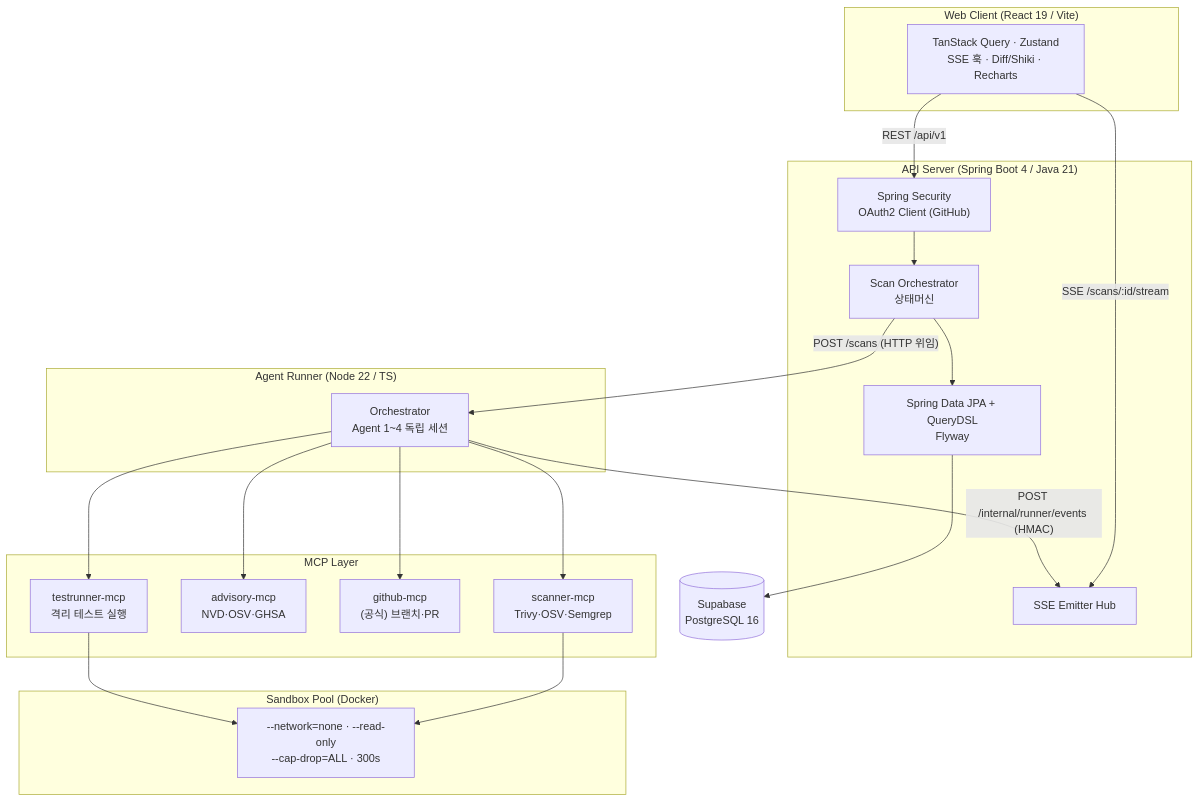
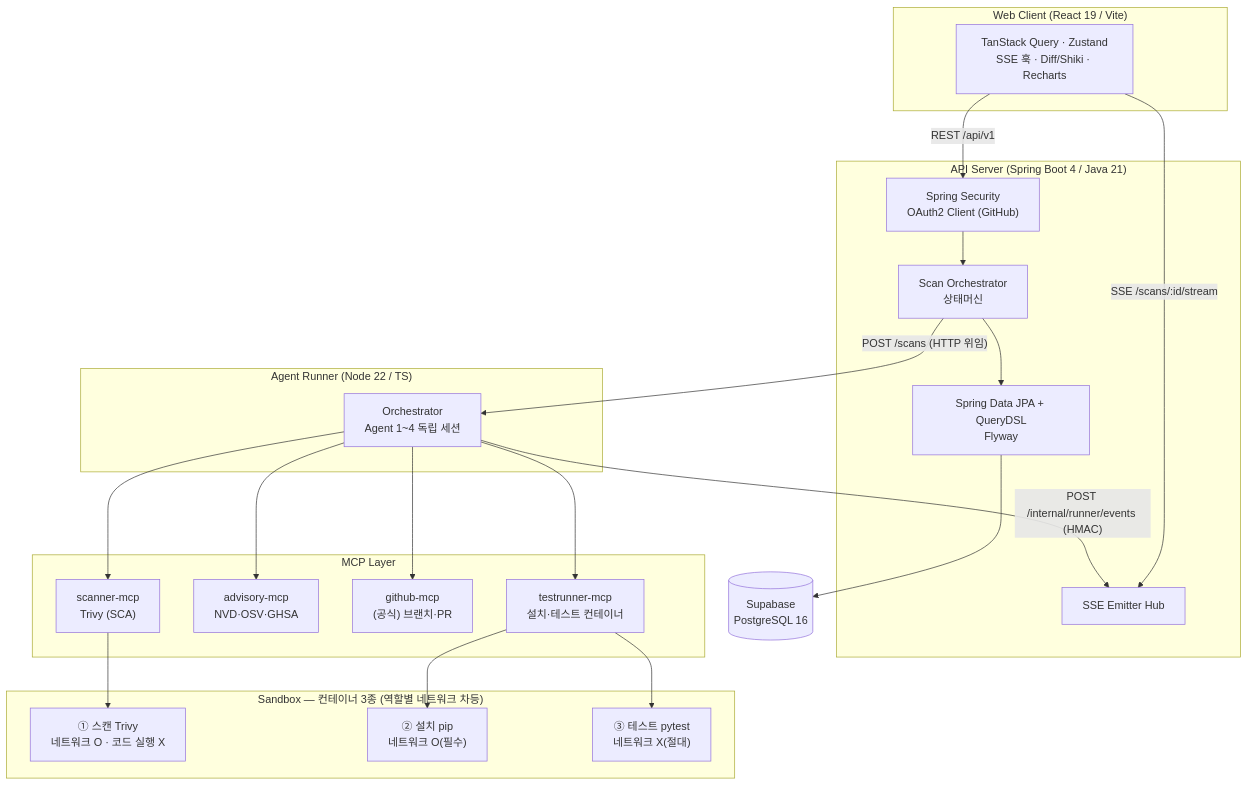
Before and after one commit to peachoath/vibeguard: the second of 10 diagrams in DOCS/VibeGuard_Architecture.md, drawn with Mermaid. The commit also changed other lines of this file and 7 other files, not shown here.

````diff
--- a/DOCS/VibeGuard_Architecture.md
+++ b/DOCS/VibeGuard_Architecture.md
@@ -60,41 +60,43 @@
 ```mermaid
 graph TB
     subgraph Client["Web Client (React 19 / Vite)"]
         FE["TanStack Query · Zustand<br/>SSE 훅 · Diff/Shiki · Recharts"]
     end
 
     subgraph ApiTier["API Server (Spring Boot 4 / Java 21)"]
         SEC["Spring Security<br/>OAuth2 Client (GitHub)"]
         ORCH["Scan Orchestrator<br/>상태머신"]
         SSE["SSE Emitter Hub"]
         JPA["Spring Data JPA + QueryDSL<br/>Flyway"]
     end
 
     subgraph AgentTier["Agent Runner (Node 22 / TS)"]
         RUNNER["Orchestrator<br/>Agent 1~4 독립 세션"]
     end
 
     subgraph MCP["MCP Layer"]
-        SCAN["scanner-mcp<br/>Trivy·OSV·Semgrep"]
+        SCAN["scanner-mcp<br/>Trivy (SCA)"]
         ADV["advisory-mcp<br/>NVD·OSV·GHSA"]
         GHMCP["github-mcp<br/>(공식) 브랜치·PR"]
-        TEST["testrunner-mcp<br/>격리 테스트 실행"]
+        TEST["testrunner-mcp<br/>설치·테스트 컨테이너"]
     end
 
-    subgraph Infra["Sandbox Pool (Docker)"]
-        BOX["--network=none · --read-only<br/>--cap-drop=ALL · 300s"]
+    subgraph Infra["Sandbox — 컨테이너 3종 (역할별 네트워크 차등)"]
+        C1["① 스캔 Trivy<br/>네트워크 O · 코드 실행 X"]
+        C2["② 설치 pip<br/>네트워크 O(필수)"]
+        C3["③ 테스트 pytest<br/>네트워크 X(절대)"]
     end
 
     DB[("Supabase<br/>PostgreSQL 16")]
 
     FE -->|"REST /api/v1"| SEC
     FE -->|"SSE /scans/:id/stream"| SSE
     SEC --> ORCH
     ORCH --> JPA
     JPA --> DB
     ORCH -->|"POST /scans (HTTP 위임)"| RUNNER
     RUNNER -->|"POST /internal/runner/events (HMAC)"| SSE
     RUNNER --> SCAN & ADV & GHMCP & TEST
-    SCAN --> BOX
-    TEST --> BOX
+    SCAN --> C1
+    TEST --> C2 & C3
 ```
````
